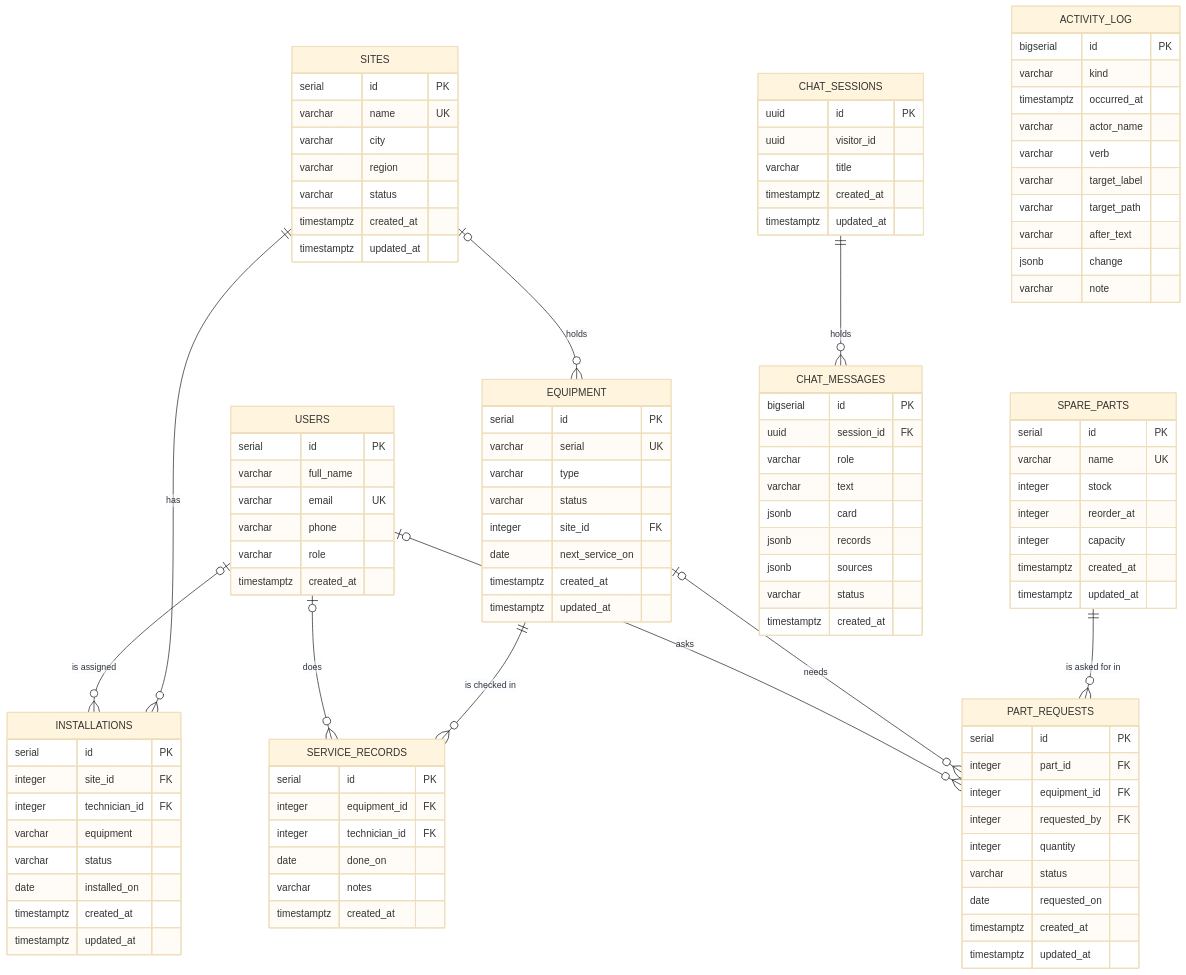
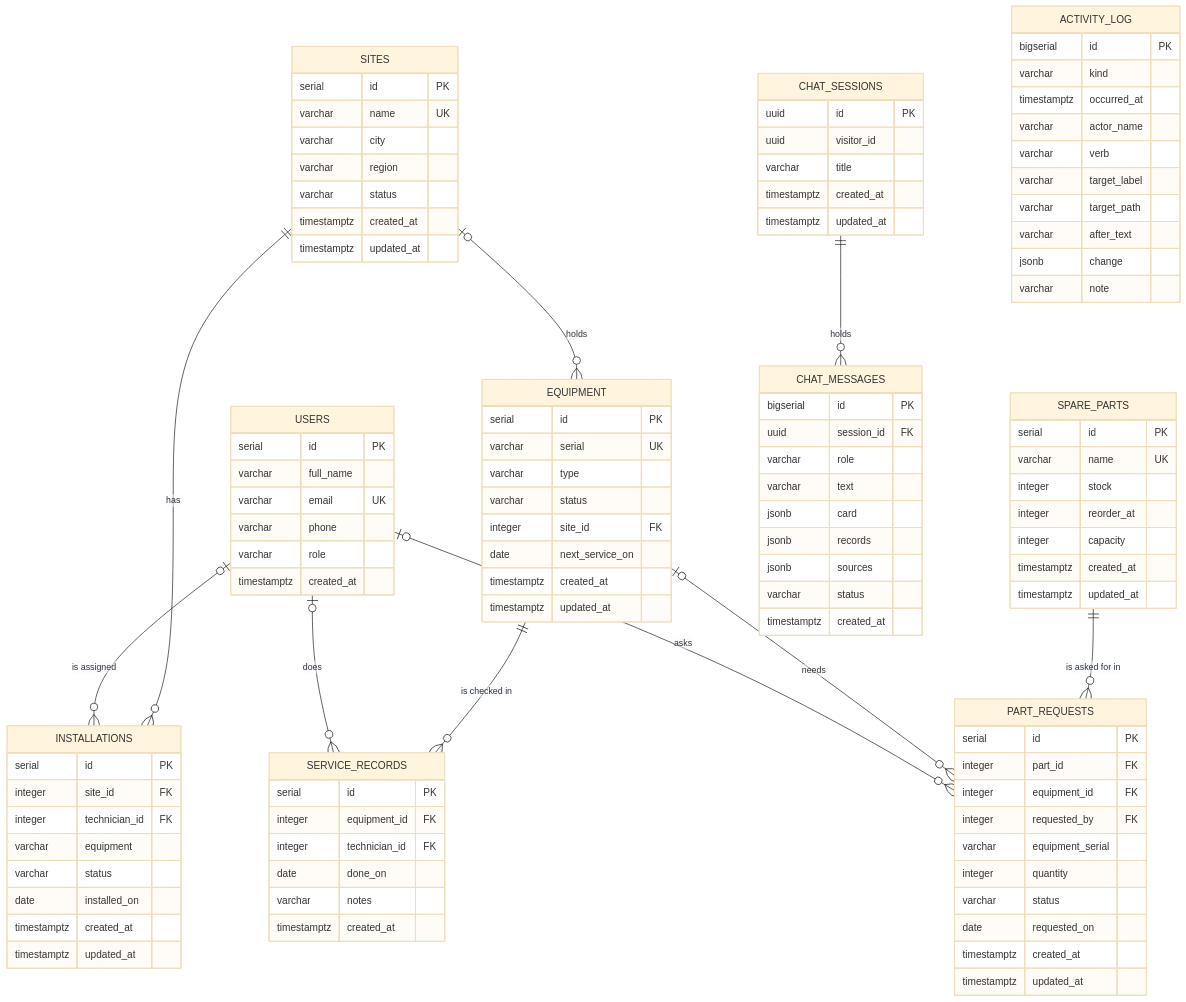
One commit to FlemingJohn/site-operation-dashboard changed the third of 3 diagrams in README.md. Above: the diagram before and after it, drawn with Mermaid (base theme). The commit also changed other lines of this file, not shown here.

```diff
--- a/README.md
+++ b/README.md
@@ -596,6 +619,7 @@
         integer part_id FK
         integer equipment_id FK
         integer requested_by FK
+        varchar equipment_serial
         integer quantity
         varchar status
         date requested_on
```
